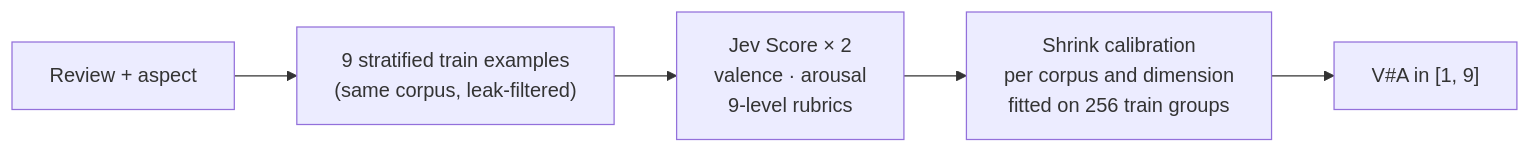
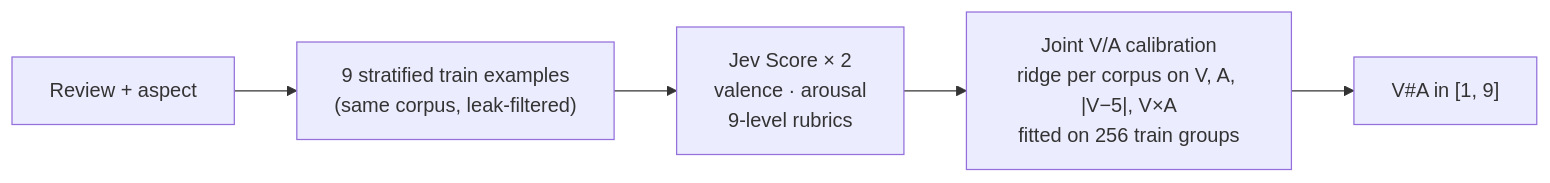
The first of 3 diagrams in README.md (ZhangYiqun018/jev-dimabsa), drawn with Mermaid before and after one commit. The commit also changed other lines of this file and 8 other files, not shown here.

First line of the commit message:
Add joint V/A calibration for Task 1 and record its single test run

````diff
--- a/README.md
+++ b/README.md
@@ -65,7 +65,7 @@
 ```mermaid
 flowchart LR
     A["Review + aspect"] --> B["9 stratified train examples<br/>(same corpus, leak-filtered)"]
     B --> C["Jev Score × 2<br/>valence · arousal<br/>9-level rubrics"]
-    C --> D["Shrink calibration<br/>per corpus and dimension<br/>fitted on 256 train groups"]
+    C --> D["Joint V/A calibration<br/>ridge per corpus on V, A, |V−5|, V×A<br/>fitted on 256 train groups"]
     D --> E["V#A in [1, 9]"]
 ```
````
